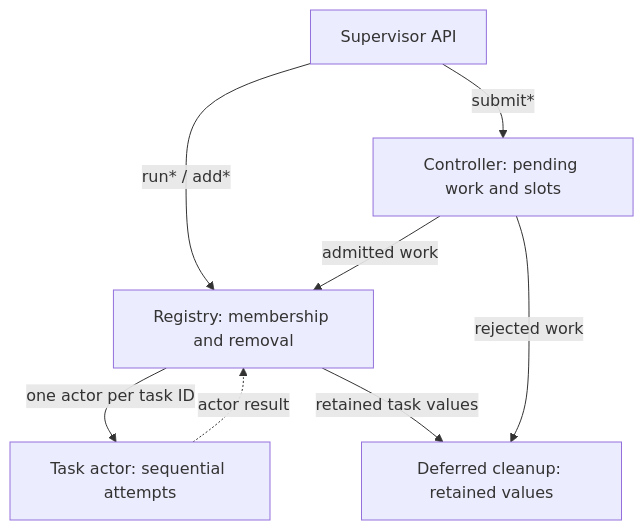
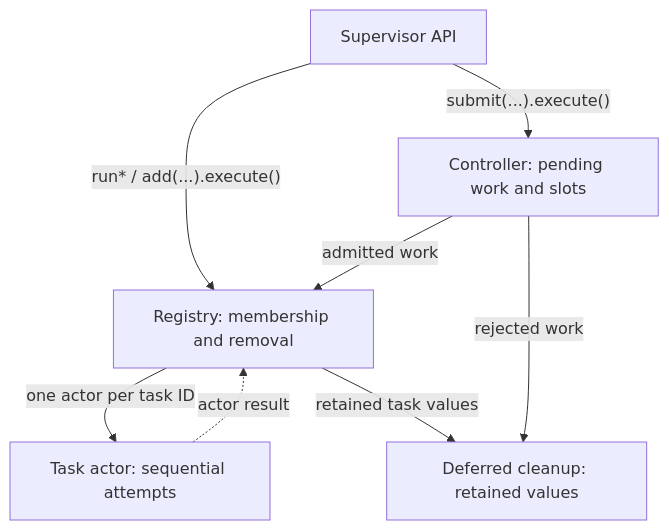
One commit to soltiHQ/taskvisor changed the diagram in docs/mental-model.md. Above: the diagram before and after it, drawn with Mermaid. The commit also changed other lines of this file and 70 other files, not shown here.

````diff
--- a/docs/mental-model.md
+++ b/docs/mental-model.md
@@ -26,18 +26,18 @@
 ```mermaid
 flowchart TB
 accTitle: Taskvisor component ownership
 accDescr: The API, controller, registry, task actor, and deferred cleanup own separate parts of the lifecycle.
 API["Supervisor API"]
 Controller["Controller: pending work and slots"]
 Registry["Registry: membership and removal"]
 Task["Task actor: sequential attempts"]
 Cleanup["Deferred cleanup: retained values"]
 
-API -->|"run* / add*"| Registry
-API -->|"submit*"| Controller
+API -->|"run* / add(...).execute()"| Registry
+API -->|"submit(...).execute()"| Controller
 Controller -->|"admitted work"| Registry
 Registry -->|"one actor per task ID"| Task
 Task -.->|"actor result"| Registry
 Registry -->|"retained task values"| Cleanup
 Controller -->|"rejected work"| Cleanup
 ```
````
